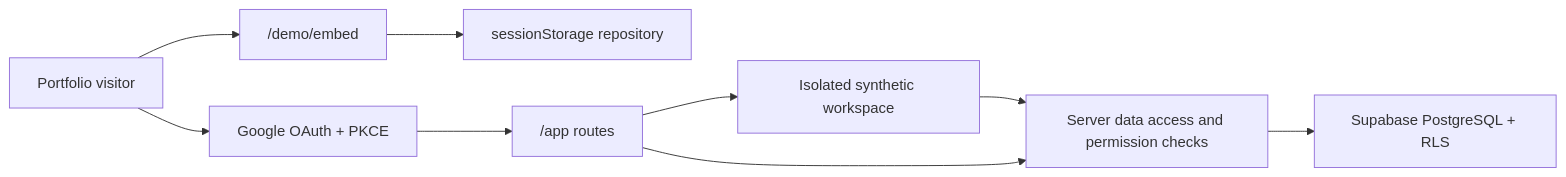
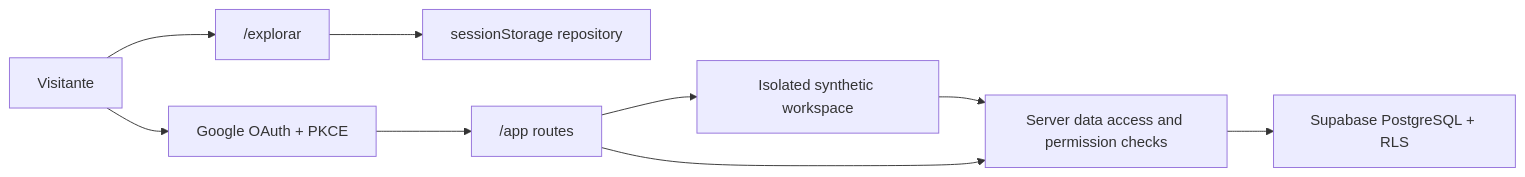
Before and after one commit to antoniojesusdelgado/management-platform-demo: the first of 2 diagrams in docs/ARCHITECTURE.md, drawn with Mermaid. The commit also changed other lines of this file and 105 other files, not shown here.

````diff
--- a/docs/ARCHITECTURE.md
+++ b/docs/ARCHITECTURE.md
@@ -43,11 +69,11 @@
 ```mermaid
 flowchart LR
-  Visitor["Portfolio visitor"] --> Embed["/demo/embed"]
+  Visitor["Visitante"] --> Embed["/explorar"]
   Embed --> Session["sessionStorage repository"]
   Visitor --> OAuth["Google OAuth + PKCE"]
   OAuth --> App["/app routes"]
   App --> Provision["Isolated synthetic workspace"]
   Provision --> DAL
   App --> DAL["Server data access and permission checks"]
   DAL --> RLS["Supabase PostgreSQL + RLS"]
 ```
````
